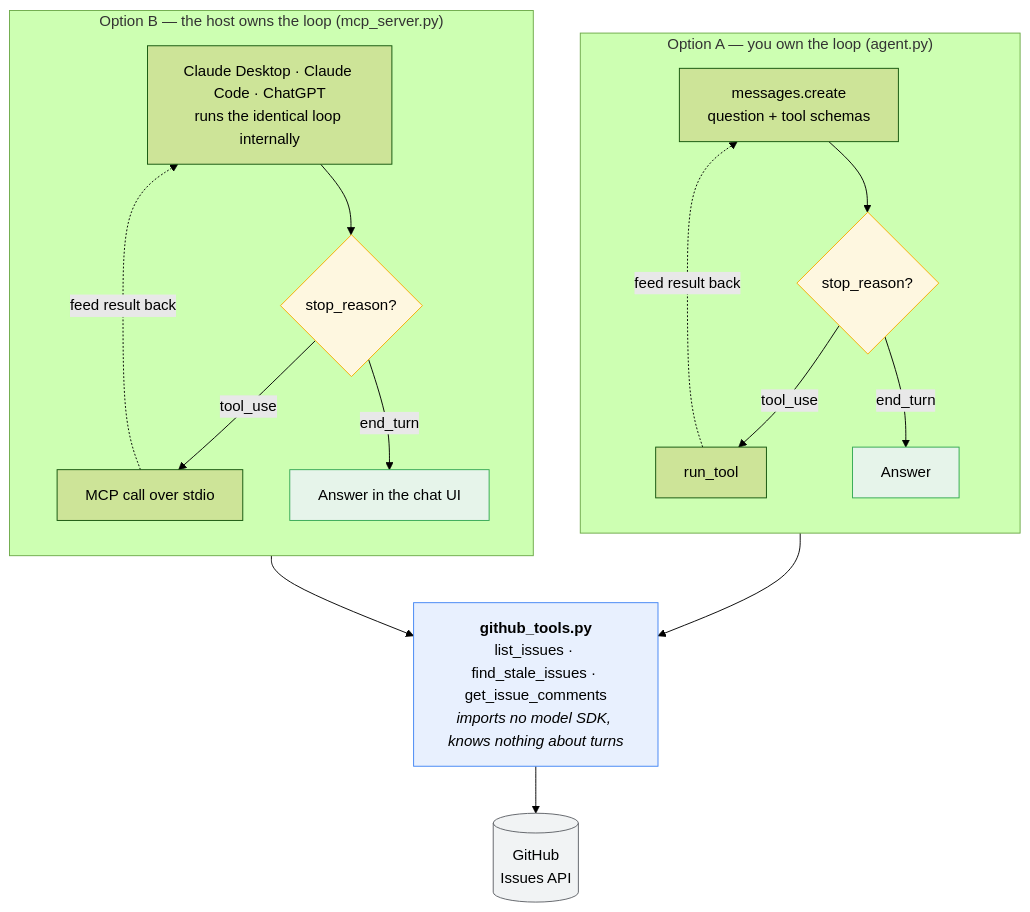
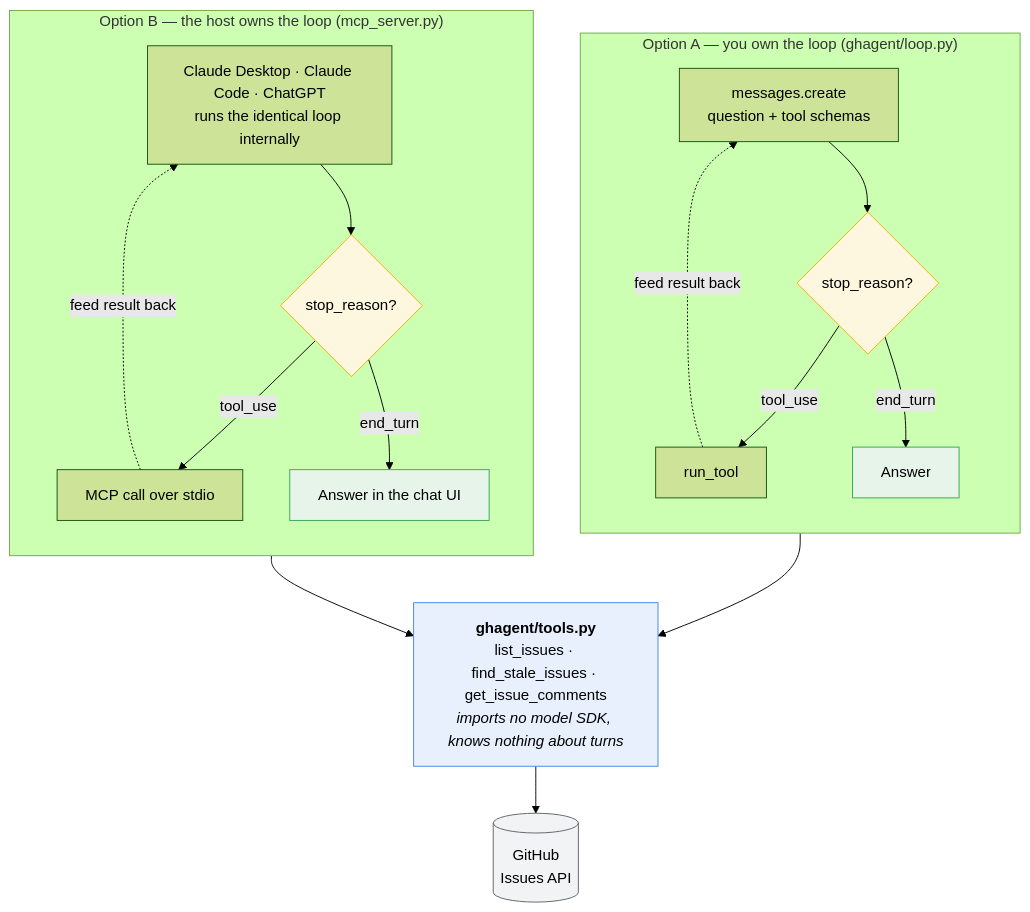
Before and after one commit to michaeldinhmai/gh-issue-agent-demo: the first of 2 diagrams in README.md, drawn with Mermaid (forest theme). The commit also changed other lines of this file and 4 other files, not shown here.

````diff
--- a/README.md
+++ b/README.md
@@ -55,30 +55,30 @@
 ```mermaid
 flowchart TB
-    subgraph mine["Option A — you own the loop (agent.py)"]
+    subgraph mine["Option A — you own the loop (ghagent/loop.py)"]
         direction TB
         A1["messages.create<br/>question + tool schemas"] --> A2{"stop_reason?"}
         A2 -->|"tool_use"| A3["run_tool"]
         A3 -.->|"feed result back"| A1
         A2 -->|"end_turn"| A4["Answer"]
     end
 
     subgraph theirs["Option B — the host owns the loop (mcp_server.py)"]
         direction TB
         B1["Claude Desktop · Claude Code · ChatGPT<br/>runs the identical loop internally"] --> B2{"stop_reason?"}
         B2 -->|"tool_use"| B3["MCP call over stdio"]
         B3 -.->|"feed result back"| B1
         B2 -->|"end_turn"| B4["Answer in the chat UI"]
     end
 
     A3 --> T
     B3 --> T
-    T["<b>github_tools.py</b><br/>list_issues · find_stale_issues · get_issue_comments<br/><i>imports no model SDK, knows nothing about turns</i>"]
+    T["<b>ghagent/tools.py</b><br/>list_issues · find_stale_issues · get_issue_comments<br/><i>imports no model SDK, knows nothing about turns</i>"]
     T --> GH[("GitHub<br/>Issues API")]
 
     style T fill:#e8f0fe,stroke:#4285f4,color:#000
     style GH fill:#f1f3f4,stroke:#5f6368,color:#000
     style A2 fill:#fef7e0,stroke:#f9ab00,color:#000
     style B2 fill:#fef7e0,stroke:#f9ab00,color:#000
     style A4 fill:#e6f4ea,stroke:#34a853,color:#000
     style B4 fill:#e6f4ea,stroke:#34a853,color:#000
 ```
````
